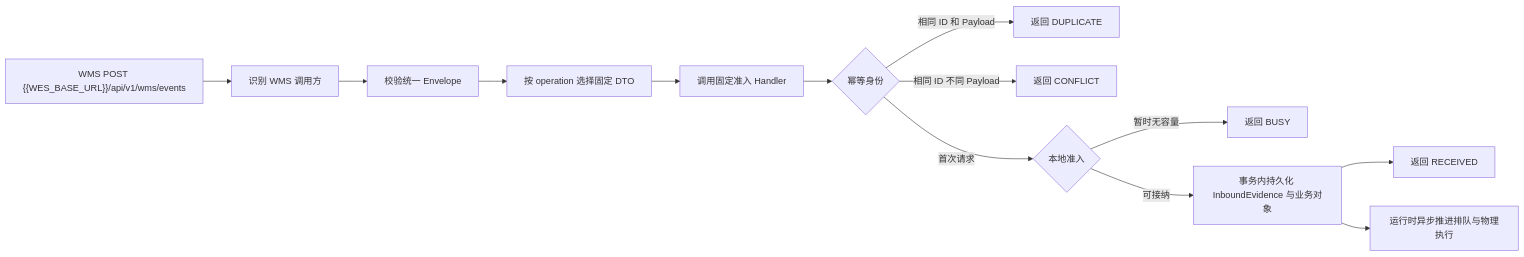
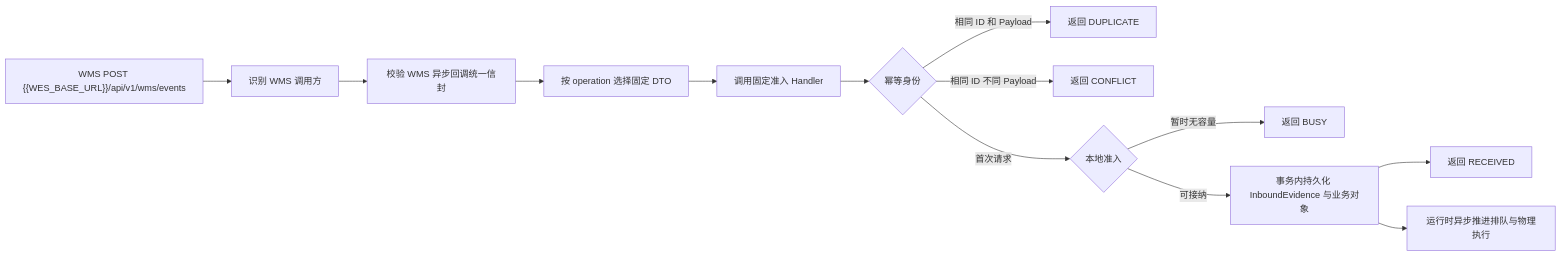
The first of 4 diagrams in docs/contracts/wms-outbound-picking-task-integration-requirements.md (kaizhoumasha/wes_backend), drawn with Mermaid before and after one commit. The commit also changed other lines of this file and 51 other files, not shown here.

````diff
--- a/docs/contracts/wms-outbound-picking-task-integration-requirements.md
+++ b/docs/contracts/wms-outbound-picking-task-integration-requirements.md
@@ -67,15 +70,15 @@
 ```mermaid
 flowchart LR
     A["WMS POST {{WES_BASE_URL}}/api/v1/wms/events"] --> B["识别 WMS 调用方"]
-    B --> C["校验统一 Envelope"]
+    B --> C["校验 WMS 异步回调统一信封"]
     C --> D["按 operation 选择固定 DTO"]
     D --> E["调用固定准入 Handler"]
     E --> F{"幂等身份"}
     F -->|相同 ID 和 Payload| H["返回 DUPLICATE"]
     F -->|相同 ID 不同 Payload| I["返回 CONFLICT"]
     F -->|首次请求| J{"本地准入"}
     J -->|暂时无容量| K["返回 BUSY"]
     J -->|可接纳| G["事务内持久化 InboundEvidence 与业务对象"]
     G --> L["返回 RECEIVED"]
     G --> M["运行时异步推进排队与物理执行"]
 ```
````
